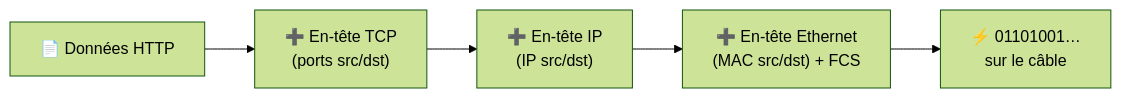
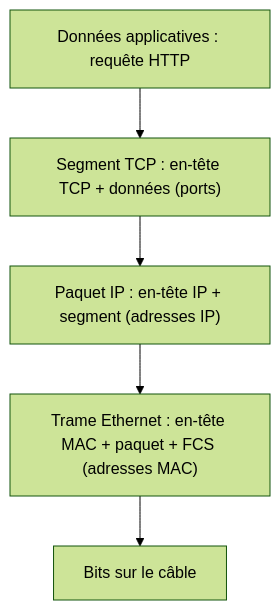
The third of 16 diagrams in reseaux/cours-reseaux.md (efoures/docs-cours), drawn with Mermaid (forest theme) before and after one commit. The commit also changed other lines of this file, not shown here.

````diff
--- a/reseaux/cours-reseaux.md
+++ b/reseaux/cours-reseaux.md
@@ -148,7 +180,7 @@
 ```mermaid
-flowchart LR
-    D["📄 Données HTTP"] --> T["➕ En-tête TCP<br/>(ports src/dst)"]
-    T --> I["➕ En-tête IP<br/>(IP src/dst)"]
-    I --> E["➕ En-tête Ethernet<br/>(MAC src/dst) + FCS"]
-    E --> S["⚡ 01101001…<br/>sur le câble"]
+flowchart TB
+  D["Données applicatives : requête HTTP"] --> S["Segment TCP : en-tête TCP + données (ports)"]
+  S --> P["Paquet IP : en-tête IP + segment (adresses IP)"]
+  P --> F["Trame Ethernet : en-tête MAC + paquet + FCS (adresses MAC)"]
+  F --> B["Bits sur le câble"]
 ```
````
